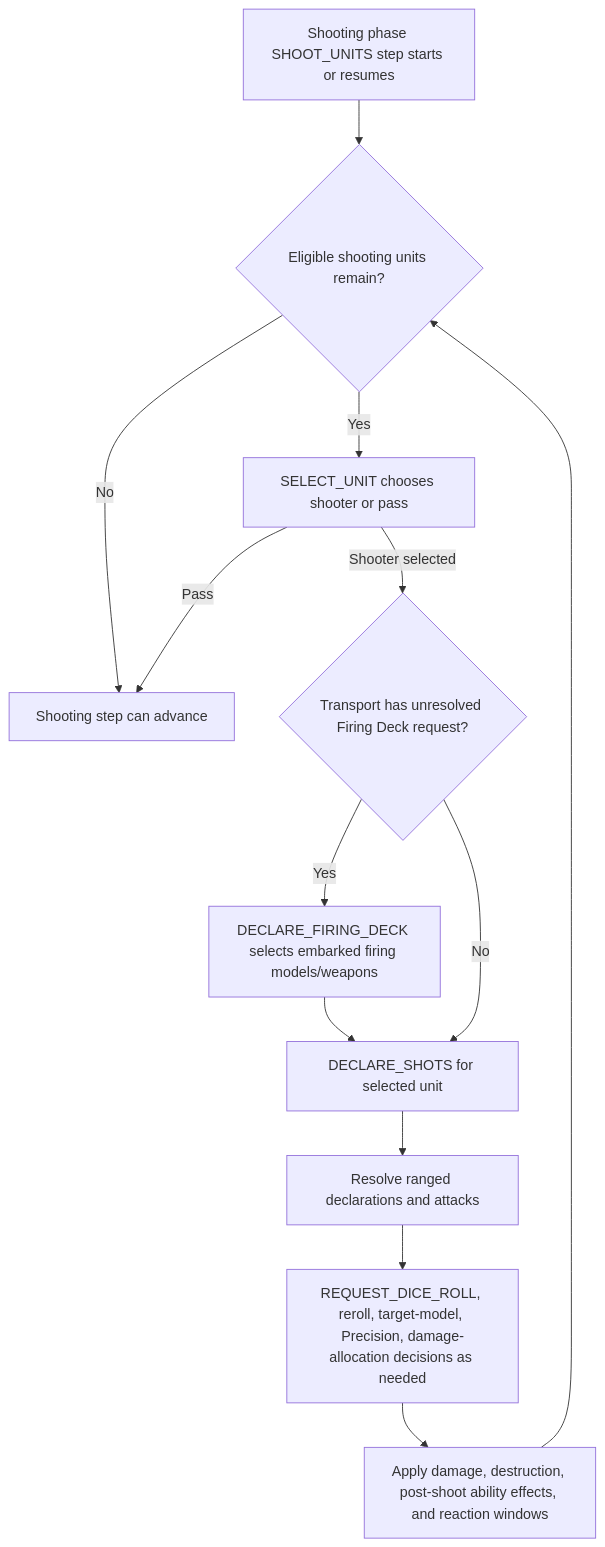
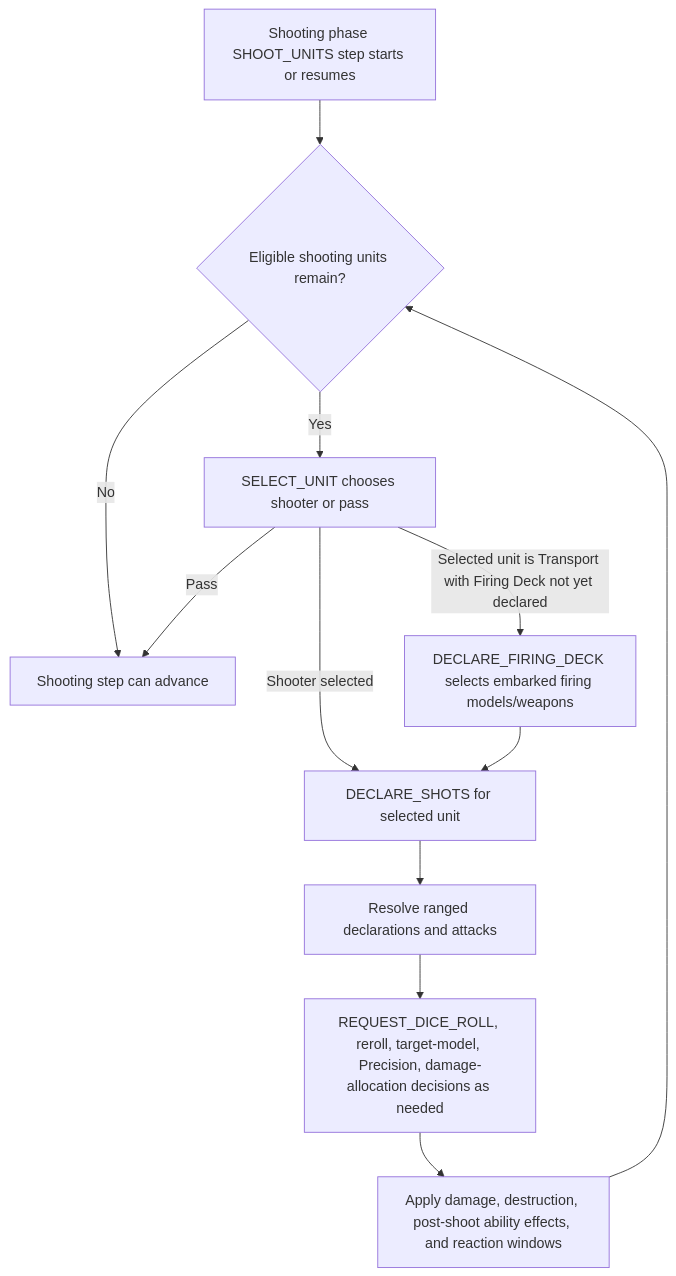
The fifth of 8 diagrams in docs/AI_AGENT_HIERARCHY.md (SobolGaming/Warhammer40k_AI), drawn with Mermaid before and after one commit. The commit also changed other lines of this file, not shown here.

Commit message:
Clarify Firing Deck shooting flow

````diff
--- a/docs/AI_AGENT_HIERARCHY.md
+++ b/docs/AI_AGENT_HIERARCHY.md
@@ -197,15 +197,14 @@
 ```mermaid
 flowchart TD
   A["Shooting phase SHOOT_UNITS step starts or resumes"] --> B{"Eligible shooting units remain?"}
   B -->|"No"| C["Shooting step can advance"]
   B -->|"Yes"| D["SELECT_UNIT chooses shooter or pass"]
   D -->|"Pass"| C
-  D -->|"Shooter selected"| E{"Transport has unresolved Firing Deck request?"}
-  E -->|"Yes"| F["DECLARE_FIRING_DECK selects embarked firing models/weapons"]
-  F --> G["DECLARE_SHOTS for selected unit"]
-  E -->|"No"| G
+  D -->|"Shooter selected"| G["DECLARE_SHOTS for selected unit"]
+  D -->|"Selected unit is Transport with Firing Deck not yet declared"| F["DECLARE_FIRING_DECK selects embarked firing models/weapons"]
+  F --> G
   G --> H["Resolve ranged declarations and attacks"]
   H --> I["REQUEST_DICE_ROLL, reroll, target-model, Precision, damage-allocation decisions as needed"]
   I --> J["Apply damage, destruction, post-shoot ability effects, and reaction windows"]
   J --> B
 ```
````
